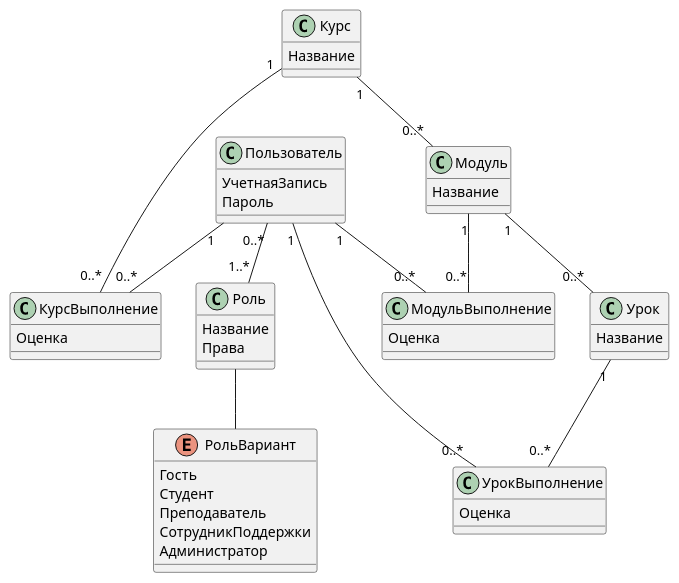
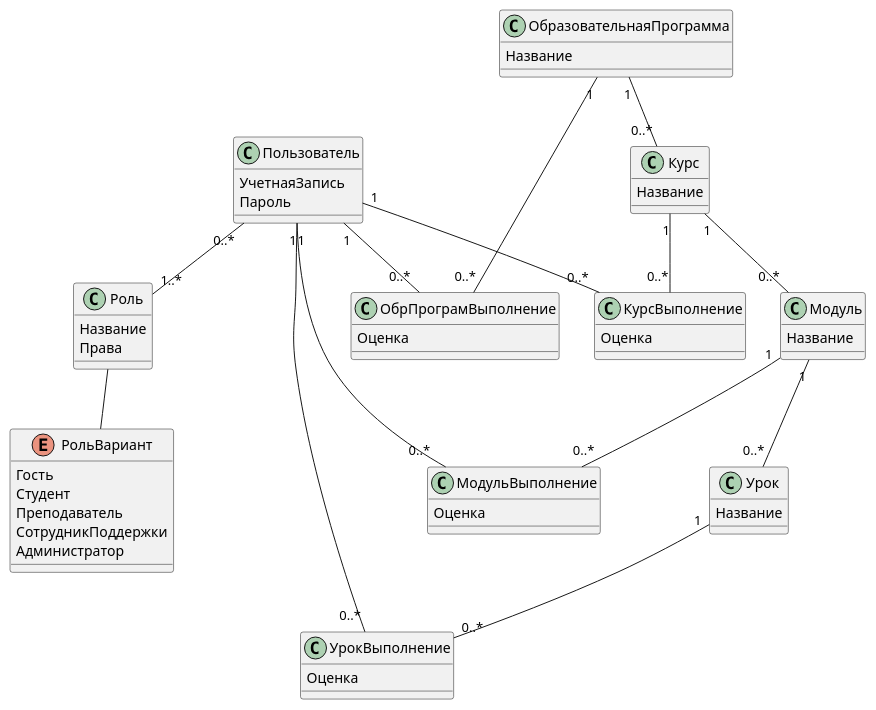
The first of 3 diagrams in docs/domain/model.md (karpoftea/mts-kata-2023), drawn with PlantUML before and after one commit. The commit also changed other lines of this file and 1 other file, not shown here.

```diff
--- a/docs/domain/model.md
+++ b/docs/domain/model.md
@@ -61,8 +61,22 @@
         Оценка
     }
 
+Пользователь "1" -- "0..*" ОбрПрограмВыполнение
+ОбразовательнаяПрограмма "1" -- "0..*" ОбрПрограмВыполнение
+
+class ОбрПрограмВыполнение 
+    {
+        Оценка
+    }
+
+ОбразовательнаяПрограмма "1" -- "0..*" Курс
 Курс "1" -- "0..*" Модуль
 Модуль "1" -- "0..*" Урок
+
+class ОбразовательнаяПрограмма 
+    {
+        Название
+    }
 
 class Курс
     {
```
